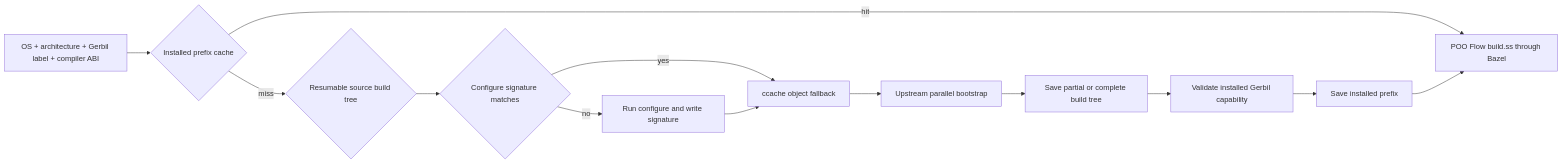
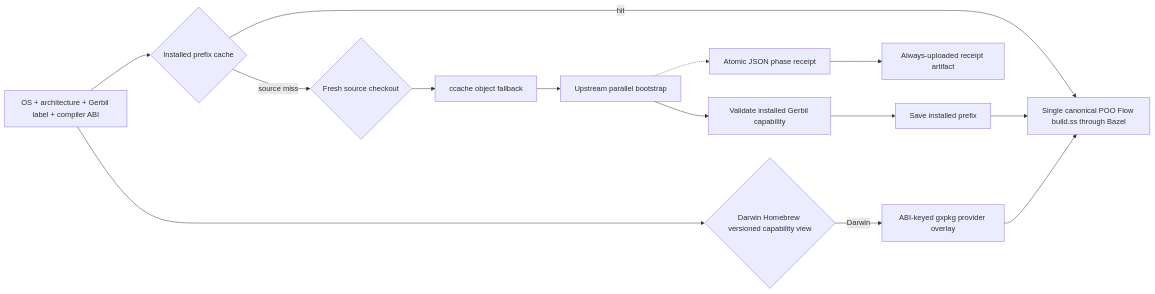
Before and after one commit to tao3k/poo-flow: the second of 2 diagrams in docs/10-19-design/10.06-poo-module-system/148-ci-capability-cache-invariants.org, drawn with Mermaid. The commit also changed other lines of this file and 8 other files, not shown here.

```diff
--- a/docs/10-19-design/10.06-poo-module-system/148-ci-capability-cache-invariants.org
+++ b/docs/10-19-design/10.06-poo-module-system/148-ci-capability-cache-invariants.org
@@ -101,27 +144,29 @@
 #+begin_src mermaid
 flowchart LR
   Key["OS + architecture + Gerbil label + compiler ABI"]
   Install{"Installed prefix cache"}
-  Tree{"Resumable source build tree"}
-  Configure{"Configure signature matches"}
-  Reconfigure["Run configure and write signature"]
+  Source{"Fresh source checkout"}
+  Homebrew{"Darwin Homebrew versioned capability view"}
+  Provider["ABI-keyed gxpkg provider overlay"]
   Objects["ccache object fallback"]
   Bootstrap["Upstream parallel bootstrap"]
-  SaveTree["Save partial or complete build tree"]
+  Phase["Atomic JSON phase receipt"]
+  Artifact["Always-uploaded receipt artifact"]
   Validate["Validate installed Gerbil capability"]
   SaveInstall["Save installed prefix"]
-  Project["POO Flow build.ss through Bazel"]
+  Project["Single canonical POO Flow build.ss through Bazel"]
 
   Key --> Install
   Install -->|hit| Project
-  Install -->|miss| Tree
-  Tree --> Configure
-  Configure -->|yes| Objects
-  Configure -->|no| Reconfigure
-  Reconfigure --> Objects
+  Install -->|source miss| Source
+  Source --> Objects
   Objects --> Bootstrap
-  Bootstrap --> SaveTree
-  SaveTree --> Validate
+  Bootstrap -.-> Phase
+  Phase --> Artifact
+  Bootstrap --> Validate
   Validate --> SaveInstall
   SaveInstall --> Project
+  Key --> Homebrew
+  Homebrew -->|Darwin| Provider
+  Provider --> Project
 #+end_src
```
